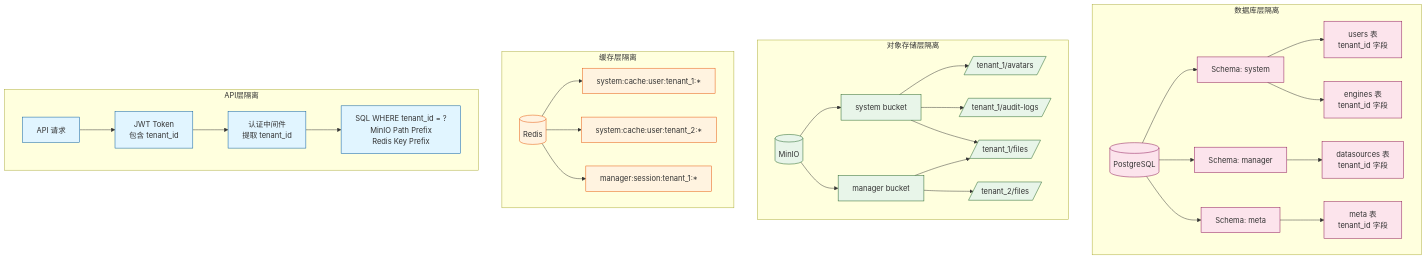
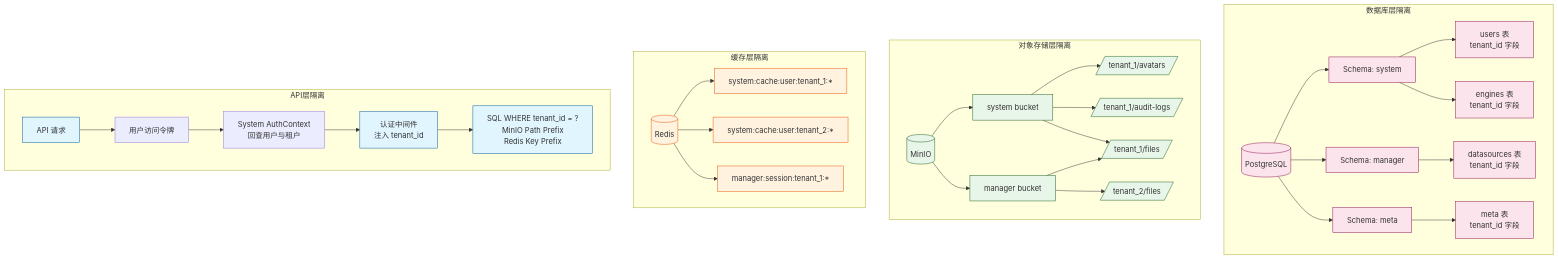
Before and after one commit to pampa0629/addp: the second of 3 diagrams in docs/concepts/addp账号与权限体系图.md, drawn with Mermaid. The commit also changed other lines of this file and 377 other files, not shown here.

````diff
--- a/docs/concepts/addp账号与权限体系图.md
+++ b/docs/concepts/addp账号与权限体系图.md
@@ -85,57 +85,58 @@
 ```mermaid
 graph TB
     subgraph "数据库层隔离"
         DB[(PostgreSQL)]
 
         DB --> Schema1[Schema: system]
         DB --> Schema2[Schema: manager]
         DB --> Schema3[Schema: meta]
 
         Schema1 --> Users[users 表<br/>tenant_id 字段]
         Schema1 --> Engines[engines 表<br/>tenant_id 字段]
 
         Schema2 --> Datasources[datasources 表<br/>tenant_id 字段]
 
         Schema3 --> Metadata[meta 表<br/>tenant_id 字段]
     end
 
     subgraph "对象存储层隔离"
         MinIO[(MinIO)]
 
         MinIO --> Bucket1[system bucket]
         MinIO --> Bucket2[manager bucket]
 
         Bucket1 --> Path1[/tenant_1/avatars/]
         Bucket1 --> Path2[/tenant_1/audit-logs/]
         Bucket1 --> Path3[/tenant_0/audit-logs/]
 
         Bucket2 --> Path3[/tenant_1/files/]
         Bucket2 --> Path4[/tenant_2/files/]
     end
 
     subgraph "缓存层隔离"
         Redis[(Redis)]
 
         Redis --> Key1[system:cache:user:tenant_1:*]
         Redis --> Key2[system:cache:user:tenant_2:*]
         Redis --> Key3[manager:session:tenant_1:*]
     end
 
     subgraph "API层隔离"
         API[API 请求]
 
-        API --> JWT[JWT Token<br/>包含 tenant_id]
-        JWT --> Middleware[认证中间件<br/>提取 tenant_id]
+        API --> Token[用户访问令牌]
+        Token --> AuthContext[System AuthContext<br/>回查用户与租户]
+        AuthContext --> Middleware[认证中间件<br/>注入 tenant_id]
         Middleware --> Query[SQL WHERE tenant_id = ?<br/>MinIO Path Prefix<br/>Redis Key Prefix]
     end
 
     classDef db fill:#fce4ec,stroke:#880e4f
     classDef storage fill:#e8f5e9,stroke:#1b5e20
     classDef cache fill:#fff3e0,stroke:#e65100
     classDef api fill:#e1f5ff,stroke:#01579b
 
     class DB,Schema1,Schema2,Schema3,Users,Engines,Datasources,Metadata db
     class MinIO,Bucket1,Bucket2,Path1,Path2,Path3,Path4 storage
     class Redis,Key1,Key2,Key3 cache
     class API,JWT,Middleware,Query api
 ```
````
